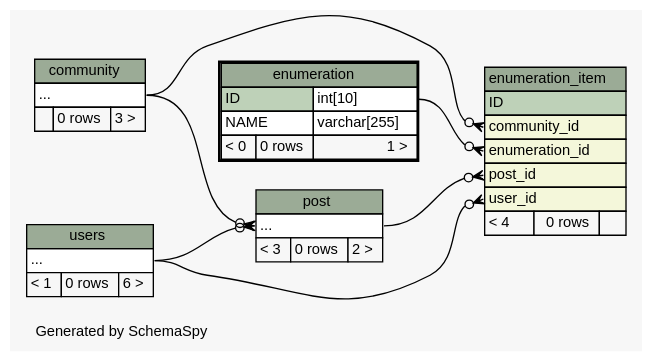
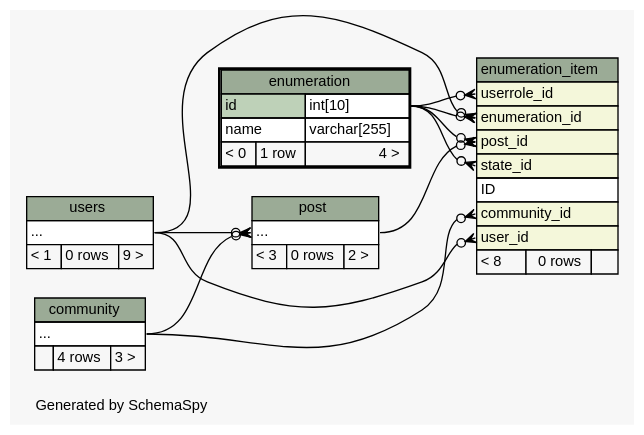
Before and after one commit to chr-krenn/chr-krenn-fhj-ws2017-sd17-pse: the diagram in doc/db_schema/diagrams/enumeration.2degrees.dot, drawn with Graphviz. The commit also changed 68 other files, not shown here.

Commit message:
update database schema documentation

```diff
--- a/doc/db_schema/diagrams/enumeration.2degrees.dot
+++ b/doc/db_schema/diagrams/enumeration.2degrees.dot
@@ -1,83 +1,89 @@
 // dot 2.40.1 on Linux 4.12.5-300.fc26.x86_64
 // SchemaSpy rev 590
 digraph "twoDegreesRelationshipsDiagram" {
   graph [
     rankdir="RL"
     bgcolor="#f7f7f7"
     label="\nGenerated by SchemaSpy"
     labeljust="l"
     nodesep="0.18"
     ranksep="0.46"
     fontname="Helvetica"
     fontsize="11"
   ];
   node [
     fontname="Helvetica"
     fontsize="11"
     shape="plaintext"
   ];
   edge [
     arrowsize="0.8"
   ];
   "enumeration_item":"community_id":w -> "community":"elipses":e [arrowhead=none dir=back arrowtail=crowodot];
-  "enumeration_item":"enumeration_id":w -> "enumeration":"ID.type":e [arrowhead=none dir=back arrowtail=crowodot];
+  "enumeration_item":"enumeration_id":w -> "enumeration":"id.type":e [arrowhead=none dir=back arrowtail=crowodot];
+  "enumeration_item":"enumeration_id":w -> "users":"elipses":e [arrowhead=none dir=back arrowtail=crowodot];
+  "enumeration_item":"post_id":w -> "enumeration":"id.type":e [arrowhead=none dir=back arrowtail=crowodot];
   "enumeration_item":"post_id":w -> "post":"elipses":e [arrowhead=none dir=back arrowtail=crowodot];
+  "enumeration_item":"state_id":w -> "enumeration":"id.type":e [arrowhead=none dir=back arrowtail=crowodot];
   "enumeration_item":"user_id":w -> "users":"elipses":e [arrowhead=none dir=back arrowtail=crowodot];
+  "enumeration_item":"userrole_id":w -> "enumeration":"id.type":e [arrowhead=none dir=back arrowtail=crowodot];
   "post":"elipses":w -> "community":"elipses":e [arrowhead=none dir=back arrowtail=crowodot];
   "post":"elipses":w -> "users":"elipses":e [arrowhead=none dir=back arrowtail=crowodot];
   "community" [
     label=<
     <TABLE BORDER="0" CELLBORDER="1" CELLSPACING="0" BGCOLOR="#ffffff">
       <TR><TD COLSPAN="3" BGCOLOR="#9bab96" ALIGN="CENTER">community</TD></TR>
       <TR><TD PORT="elipses" COLSPAN="3" ALIGN="LEFT">...</TD></TR>
-      <TR><TD ALIGN="LEFT" BGCOLOR="#f7f7f7">  </TD><TD ALIGN="RIGHT" BGCOLOR="#f7f7f7">0 rows</TD><TD ALIGN="RIGHT" BGCOLOR="#f7f7f7">3 &gt;</TD></TR>
+      <TR><TD ALIGN="LEFT" BGCOLOR="#f7f7f7">  </TD><TD ALIGN="RIGHT" BGCOLOR="#f7f7f7">4 rows</TD><TD ALIGN="RIGHT" BGCOLOR="#f7f7f7">3 &gt;</TD></TR>
     </TABLE>>
     URL="community.html"
     tooltip="community"
   ];
   "enumeration" [
     label=<
     <TABLE BORDER="2" CELLBORDER="1" CELLSPACING="0" BGCOLOR="#ffffff">
       <TR><TD COLSPAN="3" BGCOLOR="#9bab96" ALIGN="CENTER">enumeration</TD></TR>
-      <TR><TD PORT="ID" COLSPAN="2" BGCOLOR="#bed1b8" ALIGN="LEFT">ID</TD><TD PORT="ID.type" ALIGN="LEFT">int[10]</TD></TR>
-      <TR><TD PORT="NAME" COLSPAN="2" ALIGN="LEFT">NAME</TD><TD PORT="NAME.type" ALIGN="LEFT">varchar[255]</TD></TR>
-      <TR><TD ALIGN="LEFT" BGCOLOR="#f7f7f7">&lt; 0</TD><TD ALIGN="RIGHT" BGCOLOR="#f7f7f7">0 rows</TD><TD ALIGN="RIGHT" BGCOLOR="#f7f7f7">1 &gt;</TD></TR>
+      <TR><TD PORT="id" COLSPAN="2" BGCOLOR="#bed1b8" ALIGN="LEFT">id</TD><TD PORT="id.type" ALIGN="LEFT">int[10]</TD></TR>
+      <TR><TD PORT="name" COLSPAN="2" ALIGN="LEFT">name</TD><TD PORT="name.type" ALIGN="LEFT">varchar[255]</TD></TR>
+      <TR><TD ALIGN="LEFT" BGCOLOR="#f7f7f7">&lt; 0</TD><TD ALIGN="RIGHT" BGCOLOR="#f7f7f7">1 row</TD><TD ALIGN="RIGHT" BGCOLOR="#f7f7f7">4 &gt;</TD></TR>
     </TABLE>>
     URL="enumeration.html"
     tooltip="enumeration"
   ];
   "enumeration_item" [
     label=<
     <TABLE BORDER="0" CELLBORDER="1" CELLSPACING="0" BGCOLOR="#ffffff">
       <TR><TD COLSPAN="3" BGCOLOR="#9bab96" ALIGN="CENTER">enumeration_item</TD></TR>
-      <TR><TD PORT="ID" COLSPAN="3" BGCOLOR="#bed1b8" ALIGN="LEFT">ID</TD></TR>
-      <TR><TD PORT="community_id" COLSPAN="3" BGCOLOR="#f4f7da" ALIGN="LEFT">community_id</TD></TR>
+      <TR><TD PORT="userrole_id" COLSPAN="3" BGCOLOR="#f4f7da" ALIGN="LEFT">userrole_id</TD></TR>
       <TR><TD PORT="enumeration_id" COLSPAN="3" BGCOLOR="#f4f7da" ALIGN="LEFT">enumeration_id</TD></TR>
       <TR><TD PORT="post_id" COLSPAN="3" BGCOLOR="#f4f7da" ALIGN="LEFT">post_id</TD></TR>
+      <TR><TD PORT="state_id" COLSPAN="3" BGCOLOR="#f4f7da" ALIGN="LEFT">state_id</TD></TR>
+      <TR><TD PORT="ID" COLSPAN="3" ALIGN="LEFT">ID</TD></TR>
+      <TR><TD PORT="community_id" COLSPAN="3" BGCOLOR="#f4f7da" ALIGN="LEFT">community_id</TD></TR>
       <TR><TD PORT="user_id" COLSPAN="3" BGCOLOR="#f4f7da" ALIGN="LEFT">user_id</TD></TR>
-      <TR><TD ALIGN="LEFT" BGCOLOR="#f7f7f7">&lt; 4</TD><TD ALIGN="RIGHT" BGCOLOR="#f7f7f7">0 rows</TD><TD ALIGN="RIGHT" BGCOLOR="#f7f7f7">  </TD></TR>
+      <TR><TD ALIGN="LEFT" BGCOLOR="#f7f7f7">&lt; 8</TD><TD ALIGN="RIGHT" BGCOLOR="#f7f7f7">0 rows</TD><TD ALIGN="RIGHT" BGCOLOR="#f7f7f7">  </TD></TR>
     </TABLE>>
     URL="enumeration_item.html"
     tooltip="enumeration_item"
   ];
   "post" [
     label=<
     <TABLE BORDER="0" CELLBORDER="1" CELLSPACING="0" BGCOLOR="#ffffff">
       <TR><TD COLSPAN="3" BGCOLOR="#9bab96" ALIGN="CENTER">post</TD></TR>
       <TR><TD PORT="elipses" COLSPAN="3" ALIGN="LEFT">...</TD></TR>
       <TR><TD ALIGN="LEFT" BGCOLOR="#f7f7f7">&lt; 3</TD><TD ALIGN="RIGHT" BGCOLOR="#f7f7f7">0 rows</TD><TD ALIGN="RIGHT" BGCOLOR="#f7f7f7">2 &gt;</TD></TR>
     </TABLE>>
     URL="post.html"
     tooltip="post"
   ];
   "users" [
     label=<
     <TABLE BORDER="0" CELLBORDER="1" CELLSPACING="0" BGCOLOR="#ffffff">
       <TR><TD COLSPAN="3" BGCOLOR="#9bab96" ALIGN="CENTER">users</TD></TR>
       <TR><TD PORT="elipses" COLSPAN="3" ALIGN="LEFT">...</TD></TR>
-      <TR><TD ALIGN="LEFT" BGCOLOR="#f7f7f7">&lt; 1</TD><TD ALIGN="RIGHT" BGCOLOR="#f7f7f7">0 rows</TD><TD ALIGN="RIGHT" BGCOLOR="#f7f7f7">6 &gt;</TD></TR>
+      <TR><TD ALIGN="LEFT" BGCOLOR="#f7f7f7">&lt; 1</TD><TD ALIGN="RIGHT" BGCOLOR="#f7f7f7">0 rows</TD><TD ALIGN="RIGHT" BGCOLOR="#f7f7f7">9 &gt;</TD></TR>
     </TABLE>>
     URL="users.html"
     tooltip="users"
   ];
 }
```
